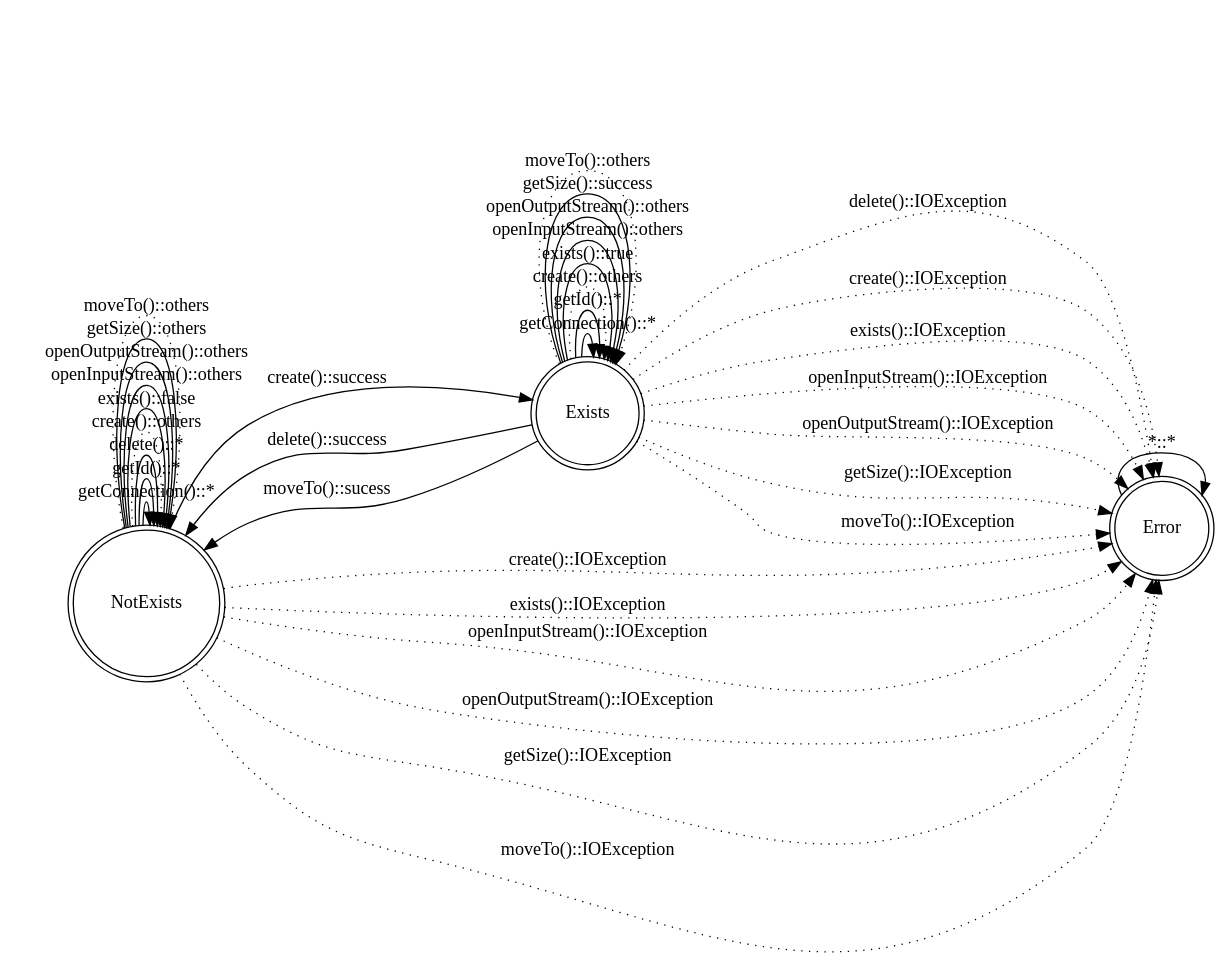
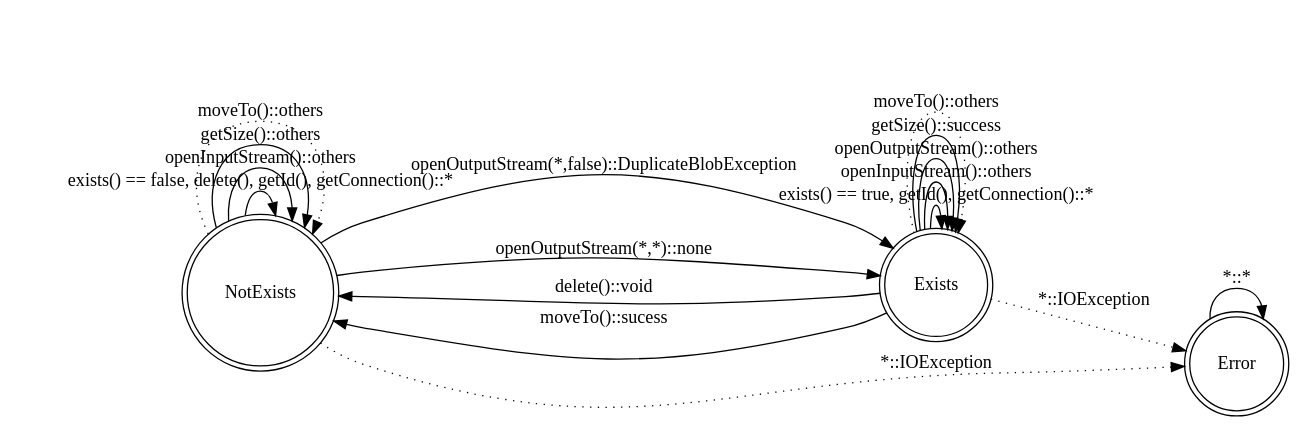
The diagram in docs/blob.dot (akubra/akubra), drawn with Graphviz before and after one commit. The commit also changed 1 other file, not shown here.

```diff
--- a/docs/blob.dot
+++ b/docs/blob.dot
@@ -1,81 +1,47 @@
 /* $HeadURL::                                                                            $
  * $Id$
  *
  * Copyright (c) 2008,2009 by Fedora Commons Inc.
  * http://www.fedoracommons.org
  *
  * In collaboration with Topaz Inc.
  * http://www.topazproject.org
  *
  * Licensed under the Apache License, Version 2.0 (the "License");
  * you may not use this file except in compliance with the License.
  * You may obtain a copy of the License at
  *
  *     http://www.apache.org/licenses/LICENSE-2.0
  *
  * Unless required by applicable law or agreed to in writing, software
  * distributed under the License is distributed on an "AS IS" BASIS,
  * WITHOUT WARRANTIES OR CONDITIONS OF ANY KIND, either express or implied.
  * See the License for the specific language governing permissions and
  * limitations under the License.
  */
 digraph blob {
   rankdir=LR;
   overlap=false
 
   node [shape = doublecircle]; NotExists Exists Error;
   node [shape = circle];
 
-  NotExists -> NotExists [ label = "getConnection()::*" ];
+  NotExists -> Error [ style = dotted, label = "*::IOException" ];
+  NotExists -> NotExists [ label = "exists() == false, delete(), getId(), getConnection()::*" ];
+  NotExists -> NotExists [ label = "openInputStream()::others" ];
+  NotExists -> Exists [ label = "openOutputStream(*,false)::DuplicateBlobException" ];
+  NotExists -> Exists [ label = "openOutputStream(*,*)::none" ];
+  NotExists -> NotExists [ label = "getSize()::others" ];
+  NotExists -> NotExists [ style = dotted, label = "moveTo()::others" ];
 
-  NotExists -> NotExists [ label = "getId()::*" ];
-
-  NotExists -> NotExists [ label = "delete()::*" ];
-
-  NotExists -> Exists [ label = "create()::success" ];
-  NotExists -> NotExists [ style = dotted, label = "create()::others" ];
-  NotExists -> Error [ style = dotted, label = "create()::IOException" ];
-
-  NotExists -> NotExists [ label = "exists()::false" ];
-  NotExists -> Error [ style = dotted, label = "exists()::IOException" ];
-
-  NotExists -> NotExists [ label = "openInputStream()::others" ];
-  NotExists -> Error [ style = dotted, label = "openInputStream()::IOException" ];
-
-  NotExists -> NotExists [ label = "openOutputStream()::others" ];
-  NotExists -> Error [ style = dotted, label = "openOutputStream()::IOException" ];
-
-  NotExists -> NotExists [ label = "getSize()::others" ];
-  NotExists -> Error [ style = dotted, label = "getSize()::IOException" ];
-
-  NotExists -> NotExists [ style = dotted, label = "moveTo()::others" ];
-  NotExists -> Error [ style = dotted, label = "moveTo()::IOException" ];
-
-  Exists -> Exists [ label = "getConnection()::*" ];
-
-  Exists -> Exists [ label = "getId()::*" ];
-
-  Exists -> NotExists [ label = "delete()::success" ];
-  Exists -> Error [ style = dotted, label = "delete()::IOException" ];
-
-  Exists -> Exists [ style = dotted, label = "create()::others" ];
-  Exists -> Error [ style = dotted, label = "create()::IOException" ];
-
-  Exists -> Exists [ label = "exists()::true" ];
-  Exists -> Error [ style = dotted, label = "exists()::IOException" ];
-
+  Exists -> Error [ style = dotted, label = "*::IOException" ];
+  Exists -> Exists [ label = "exists() == true, getId(), getConnection()::*" ];
+  Exists -> NotExists [ label = "delete()::void" ];
   Exists -> Exists [ label = "openInputStream()::others" ];
-  Exists -> Error [ style = dotted, label = "openInputStream()::IOException" ];
-
   Exists -> Exists [ label = "openOutputStream()::others" ];
-  Exists -> Error [ style = dotted, label = "openOutputStream()::IOException" ];
-
   Exists -> Exists [ label = "getSize()::success" ];
-  Exists -> Error [ style = dotted, label = "getSize()::IOException" ];
-
   Exists -> NotExists [ label = "moveTo()::sucess" ];
   Exists -> Exists [ style = dotted, label = "moveTo()::others" ];
-  Exists -> Error [ style = dotted, label = "moveTo()::IOException" ];
 
   Error -> Error [ label = "*::*" ];
 }
```
